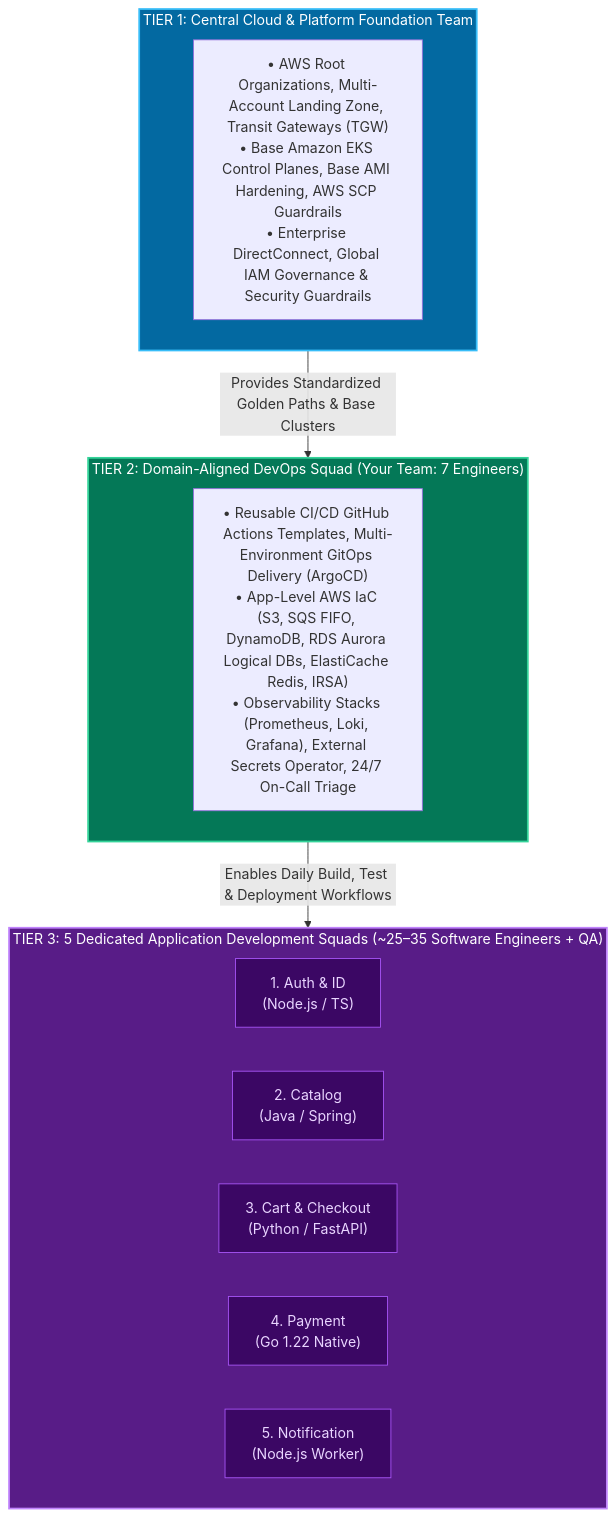
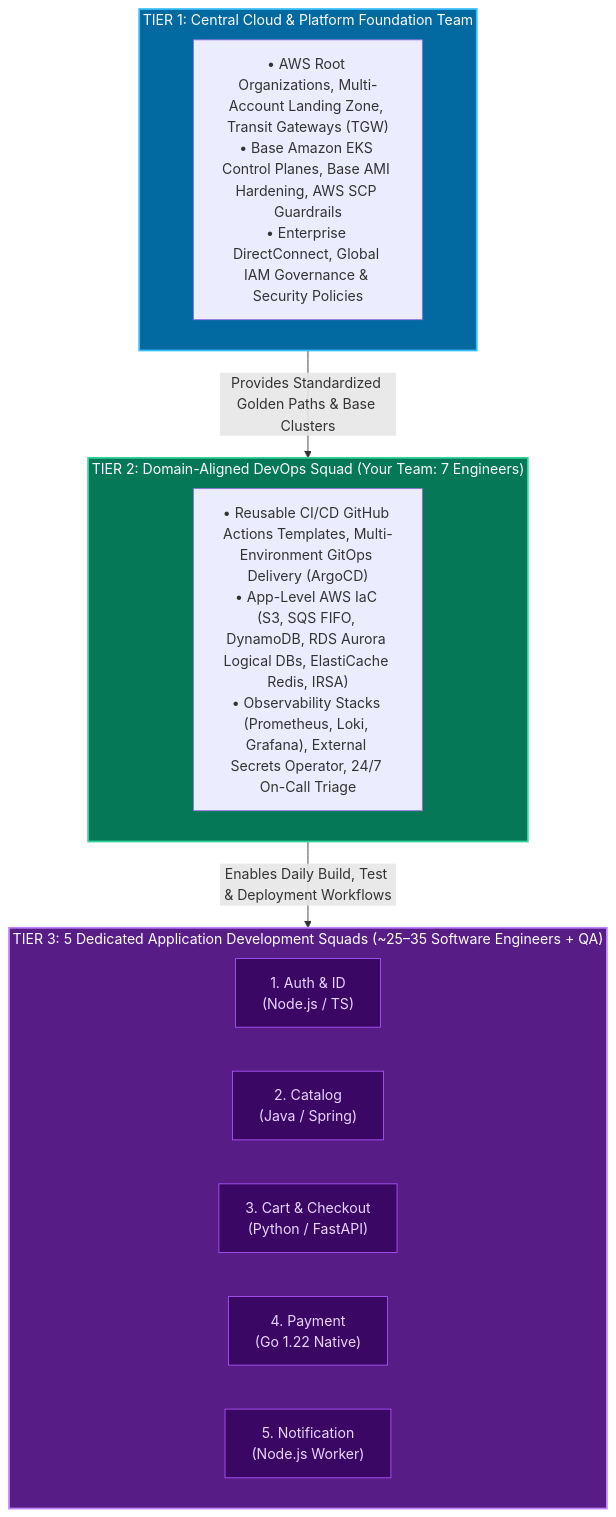
Before and after one commit to pvsafwa/devops-course-playbook: the second of 13 diagrams in DevOps_CI_CD_Master_Engineering_Blueprint.md, drawn with Mermaid. The commit also changed other lines of this file, not shown here.

````diff
--- a/DevOps_CI_CD_Master_Engineering_Blueprint.md
+++ b/DevOps_CI_CD_Master_Engineering_Blueprint.md
@@ -62,31 +129,31 @@
 ```mermaid
 flowchart TD
     subgraph Tier1["TIER 1: Central Cloud & Platform Foundation Team"]
-        T1_Scope["• AWS Root Organizations, Multi-Account Landing Zone, Transit Gateways (TGW)<br/>• Base Amazon EKS Control Planes, Base AMI Hardening, AWS SCP Guardrails<br/>• Enterprise DirectConnect, Global IAM Governance & Security Guardrails"]
+        T1_Scope["• AWS Root Organizations, Multi-Account Landing Zone, Transit Gateways (TGW)<br/>• Base Amazon EKS Control Planes, Base AMI Hardening, AWS SCP Guardrails<br/>• Enterprise DirectConnect, Global IAM Governance & Security Policies"]
     end
 
     subgraph Tier2["TIER 2: Domain-Aligned DevOps Squad (Your Team: 7 Engineers)"]
         T2_Scope["• Reusable CI/CD GitHub Actions Templates, Multi-Environment GitOps Delivery (ArgoCD)<br/>• App-Level AWS IaC (S3, SQS FIFO, DynamoDB, RDS Aurora Logical DBs, ElastiCache Redis, IRSA)<br/>• Observability Stacks (Prometheus, Loki, Grafana), External Secrets Operator, 24/7 On-Call Triage"]
     end
 
     subgraph Tier3["TIER 3: 5 Dedicated Application Development Squads (~25–35 Software Engineers + QA)"]
         direction LR
         S1["1. Auth & ID<br/>(Node.js / TS)"]
         S2["2. Catalog<br/>(Java / Spring)"]
         S3["3. Cart & Checkout<br/>(Python / FastAPI)"]
         S4["4. Payment<br/>(Go 1.22 Native)"]
         S5["5. Notification<br/>(Node.js Worker)"]
     end
 
     Tier1 -->|"Provides Standardized Golden Paths & Base Clusters"| Tier2
     Tier2 -->|"Enables Daily Build, Test & Deployment Workflows"| Tier3
 
     classDef t1 fill:#0369a1,stroke:#38bdf8,stroke-width:2px,color:#ffffff;
     classDef t2 fill:#047857,stroke:#34d399,stroke-width:2px,color:#ffffff;
     classDef t3 fill:#581c87,stroke:#c084fc,stroke-width:2px,color:#ffffff;
     classDef squad fill:#3b0764,stroke:#a855f7,stroke-width:1px,color:#e9d5ff;
     class Tier1 t1;
     class Tier2 t2;
     class Tier3 t3;
     class S1,S2,S3,S4,S5 squad;
 ```
````
